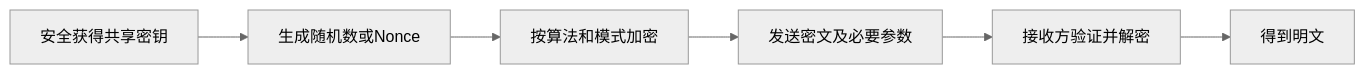
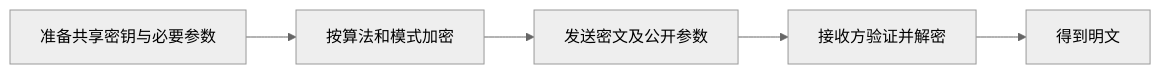
One commit to 74262195/system-architect-notes changed the diagram in 01_综合知识/03_信息安全技术/01_密码学与PKI/对称加密.md. Above: the diagram before and after it, drawn with Mermaid (neutral theme). The commit also changed other lines of this file and 40 other files, not shown here.

```diff
--- a/01_综合知识/03_信息安全技术/01_密码学与PKI/对称加密.md
+++ b/01_综合知识/03_信息安全技术/01_密码学与PKI/对称加密.md
@@ -32,8 +38,7 @@
 ~~~mermaid
 flowchart LR
-    A[安全获得共享密钥] --> B[生成随机数或Nonce]
-    B --> C[按算法和模式加密]
-    C --> D[发送密文及必要参数]
-    D --> E[接收方验证并解密]
-    E --> F[得到明文]
+    A[准备共享密钥与必要参数] --> B[按算法和模式加密]
+    B --> C[发送密文及公开参数]
+    C --> D[接收方验证并解密]
+    D --> E[得到明文]
 ~~~
```
